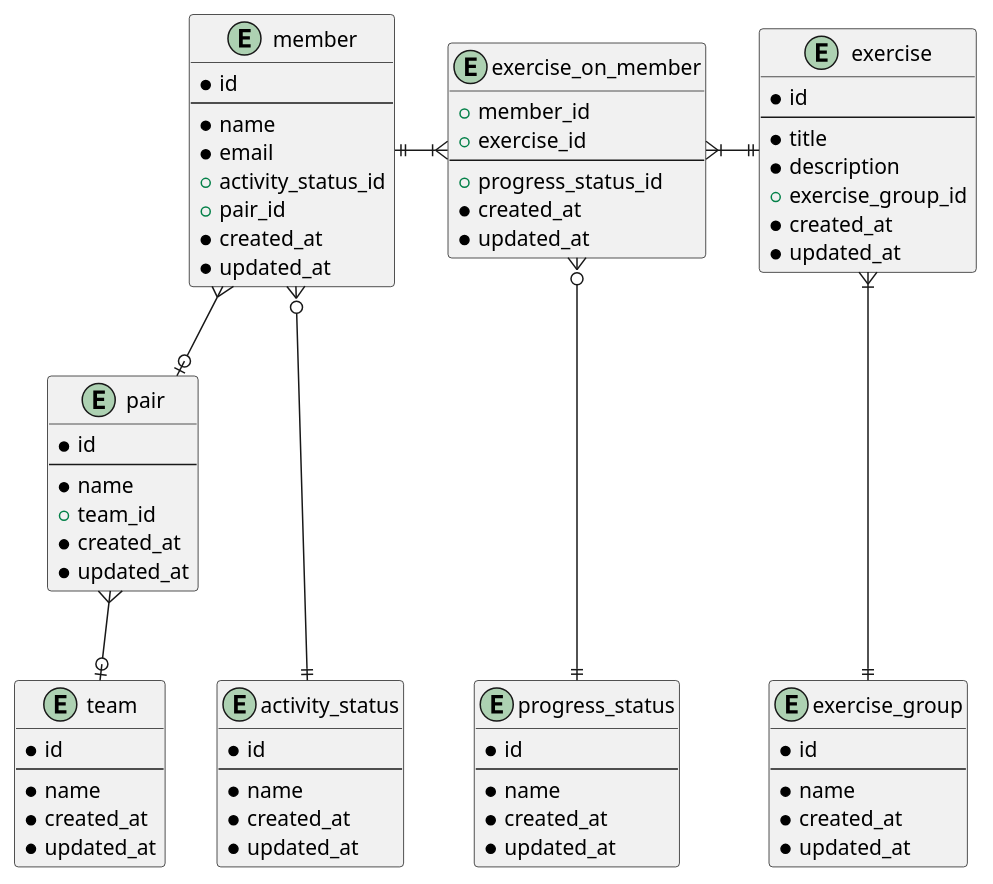
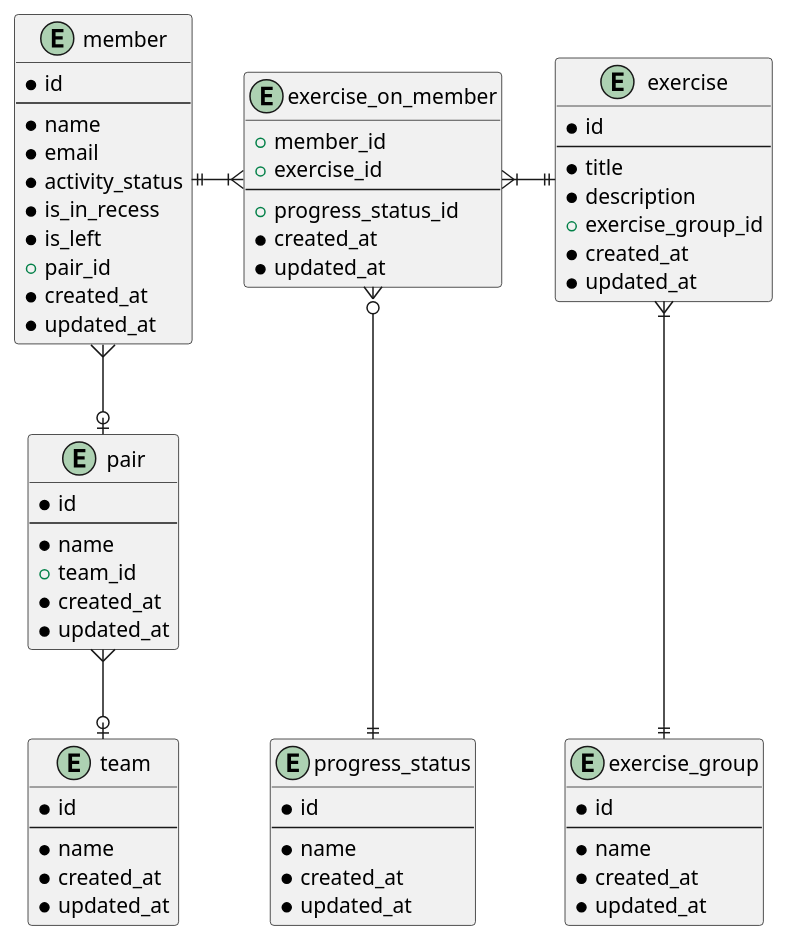
One commit to gn-t-k/PrAhaChallengeTasks changed the diagram in 04_設計/04_プラハチャレンジをDDDで実装してみる/01_モデル図/ER図.md. Above: the diagram before and after it, drawn with PlantUML. The commit also changed 1 other file, not shown here.

Commit message:
いろいろなモデル再考

````diff
--- a/04_設計/04_プラハチャレンジをDDDで実装してみる/01_モデル図/ER図.md
+++ b/04_設計/04_プラハチャレンジをDDDで実装してみる/01_モデル図/ER図.md
@@ -3,76 +3,70 @@
 ```plantuml
 @startuml
 
 Entity member {
   *id
   --
   *name
   *email
-  +activity_status_id
+  *activity_status
+  *is_in_recess
+  *is_left
   +pair_id
   *created_at
   *updated_at
 }
 Entity pair {
   *id
   --
   *name
   +team_id
   *created_at
   *updated_at
 }
 Entity team {
-  *id
-  --
-  *name
-  *created_at
-  *updated_at
-}
-Entity activity_status {
   *id
   --
   *name
   *created_at
   *updated_at
 }
 Entity exercise {
   *id
   --
   *title
   *description
   +exercise_group_id
   *created_at
   *updated_at
 }
 Entity exercise_group {
   *id
   --
   *name
   *created_at
   *updated_at
 }
 Entity progress_status {
   *id
   --
   *name
   *created_at
   *updated_at
 }
 Entity exercise_on_member {
   +member_id
   +exercise_id
   --
   +progress_status_id
   *created_at
   *updated_at
 }
 
 member ||-|{ exercise_on_member
 exercise_on_member }|-|| exercise
 member }--o| pair
-member }o---|| activity_status
 exercise }|---|| exercise_group
 pair }--o| team
 exercise_on_member }o---|| progress_status
 @enduml
 ```
````
